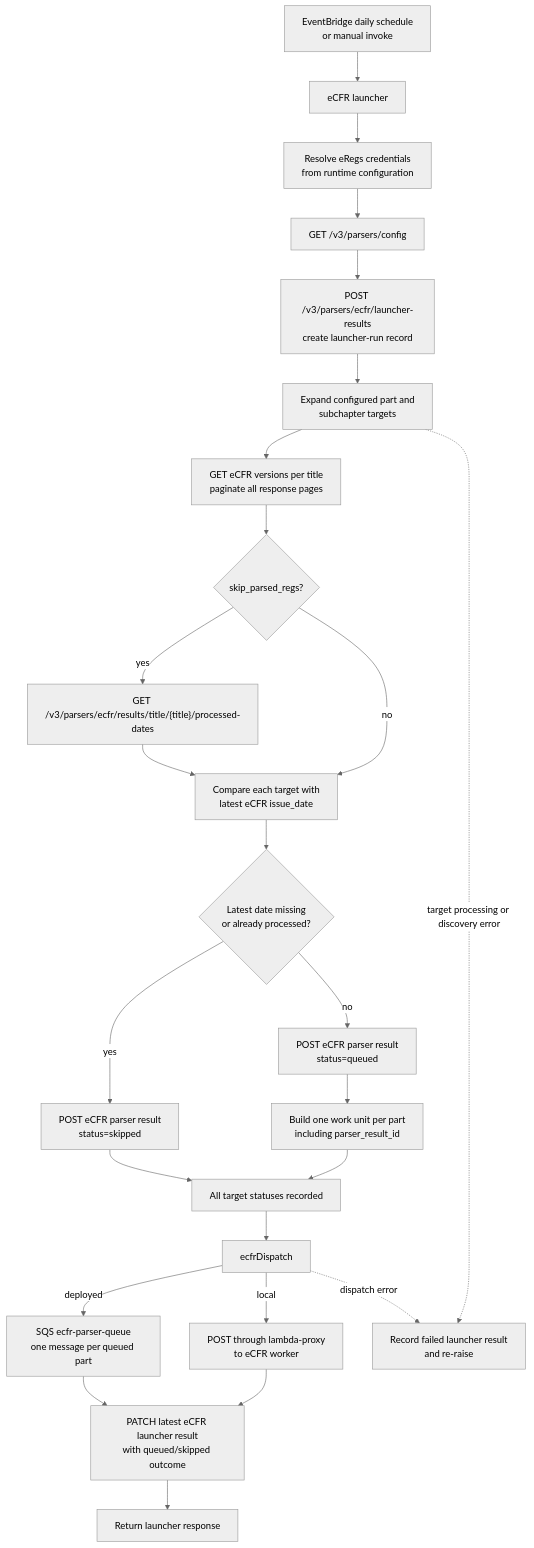
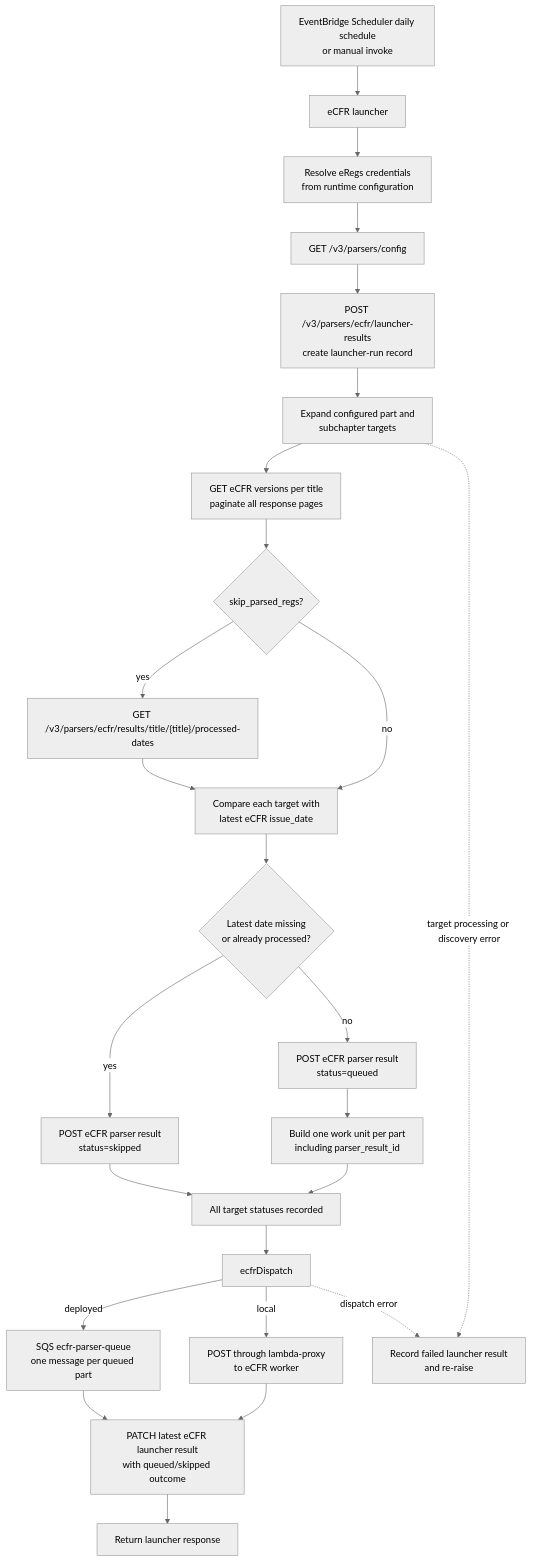
Before and after one commit to Enterprise-CMCS/cmcs-eregulations: the first of 4 diagrams in solution/parsers/README.md, drawn with Mermaid (neutral theme). The commit also changed other lines of this file and 2 other files, not shown here.

Commit message:
Schedule parsers in Eastern time (#2291)

````diff
--- a/solution/parsers/README.md
+++ b/solution/parsers/README.md
@@ -32,27 +34,27 @@
 ```mermaid
 flowchart TD
-    ecfrSchedule["EventBridge daily schedule<br/>or manual invoke"] --> ecfrLauncher["eCFR launcher"]
+    ecfrSchedule["EventBridge Scheduler daily schedule<br/>or manual invoke"] --> ecfrLauncher["eCFR launcher"]
     ecfrLauncher --> ecfrCredentials["Resolve eRegs credentials<br/>from runtime configuration"]
     ecfrCredentials --> ecfrConfig["GET /v3/parsers/config"]
     ecfrConfig --> ecfrRun["POST /v3/parsers/ecfr/launcher-results<br/>create launcher-run record"]
     ecfrRun --> ecfrTargets["Expand configured part and<br/>subchapter targets"]
     ecfrTargets --> ecfrVersions["GET eCFR versions per title<br/>paginate all response pages"]
     ecfrVersions --> ecfrSkipSetting{"skip_parsed_regs?"}
     ecfrSkipSetting -- "yes" --> ecfrProcessed["GET /v3/parsers/ecfr/results/title/{title}/processed-dates"]
     ecfrSkipSetting -- "no" --> ecfrCompare["Compare each target with<br/>latest eCFR issue_date"]
     ecfrProcessed --> ecfrCompare
     ecfrCompare --> ecfrStatus{"Latest date missing<br/>or already processed?"}
     ecfrStatus -- "yes" --> ecfrSkipped["POST eCFR parser result<br/>status=skipped"]
     ecfrStatus -- "no" --> ecfrQueued["POST eCFR parser result<br/>status=queued"]
     ecfrQueued --> ecfrWorkUnit["Build one work unit per part<br/>including parser_result_id"]
     ecfrSkipped --> ecfrTargetsReady["All target statuses recorded"]
     ecfrWorkUnit --> ecfrTargetsReady
     ecfrTargetsReady --> ecfrDispatch
     ecfrDispatch -- "deployed" --> ecfrQueue["SQS ecfr-parser-queue<br/>one message per queued part"]
     ecfrDispatch -- "local" --> ecfrWorkerHttp["POST through lambda-proxy<br/>to eCFR worker"]
     ecfrQueue --> ecfrUpdate["PATCH latest eCFR launcher result<br/>with queued/skipped outcome"]
     ecfrWorkerHttp --> ecfrUpdate
     ecfrUpdate --> ecfrResponse["Return launcher response"]
     ecfrTargets -. "target processing or discovery error" .-> ecfrFailure["Record failed launcher result<br/>and re-raise"]
     ecfrDispatch -. "dispatch error" .-> ecfrFailure
 ```
````
